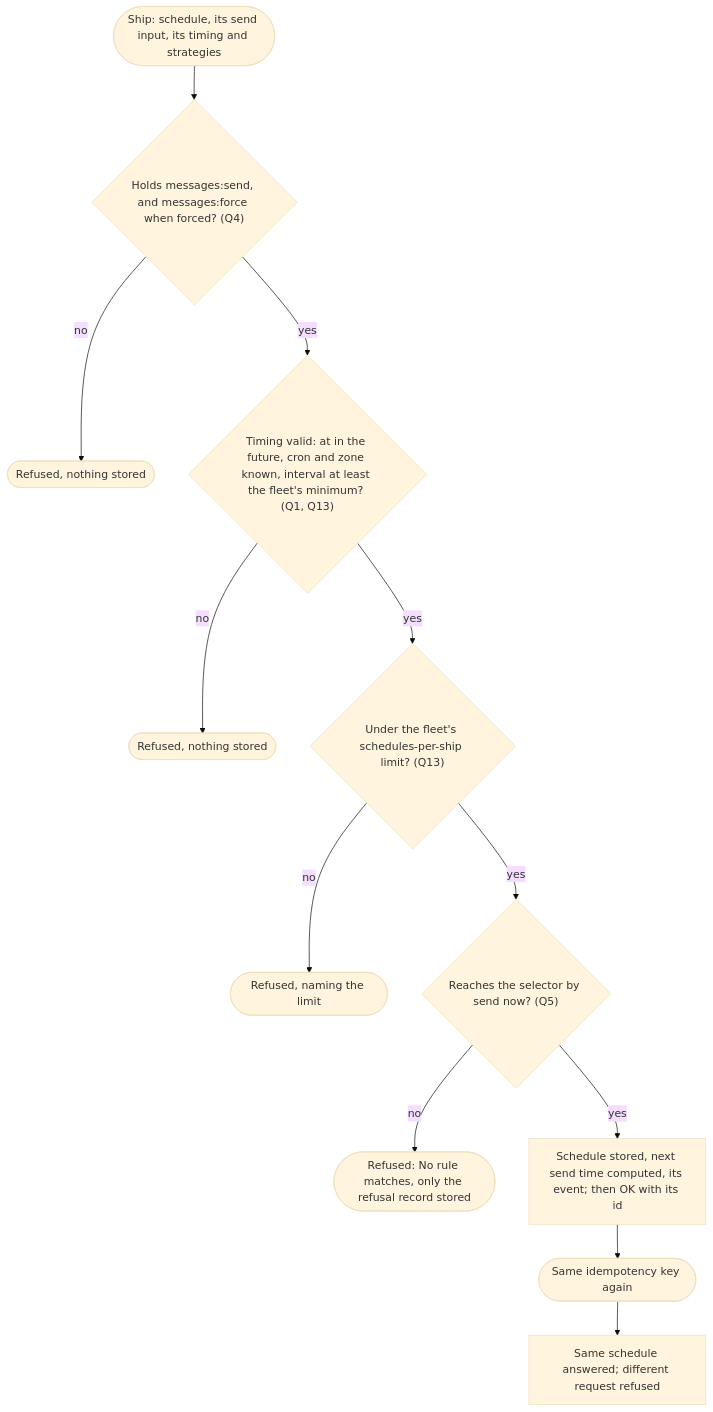
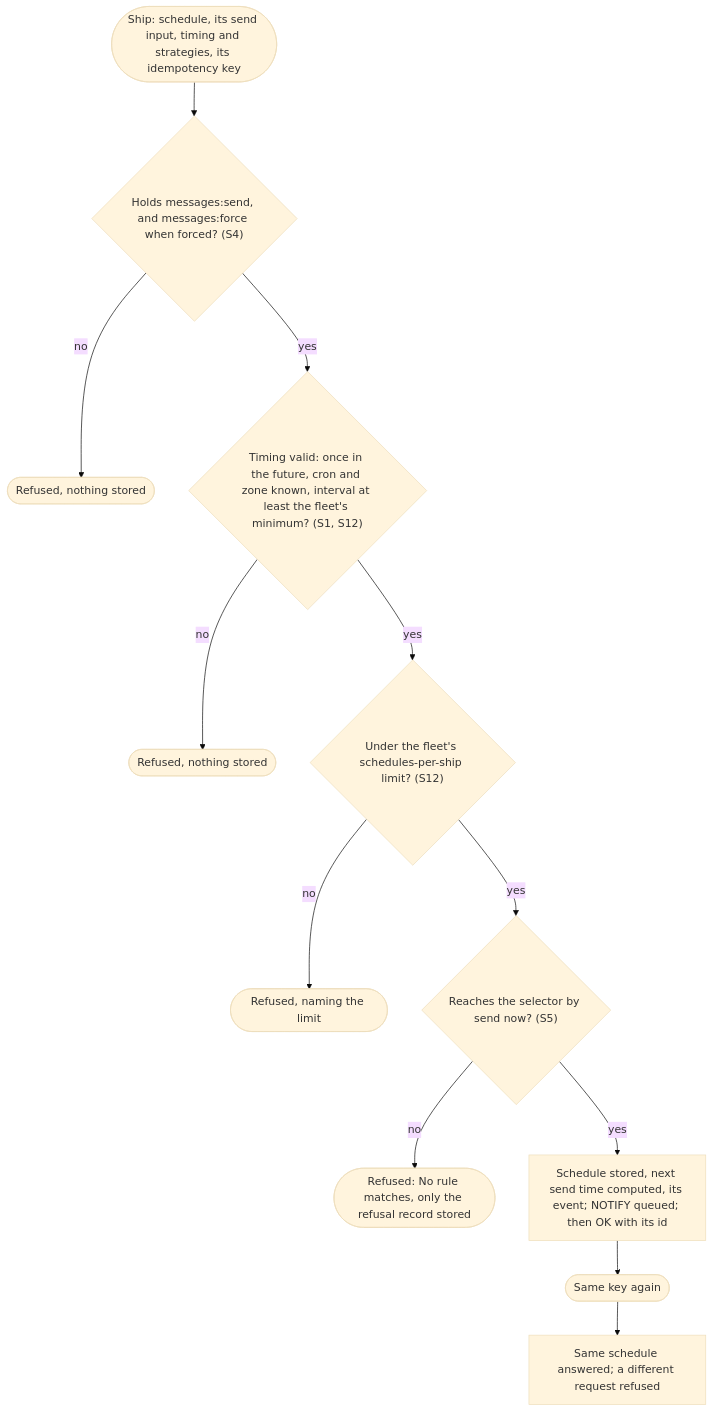
The first of 3 diagrams in docs/design/scheduled-messages/scheduled-messages.md (ThomasHendrickx/aeolus-fleet), drawn with Mermaid (base theme) before and after one commit. The commit also changed other lines of this file, not shown here.

First line of the commit message:
Design: scheduled messages, Thomas's answers as rules, flows and slices

````diff
--- a/docs/design/scheduled-messages/scheduled-messages.md
+++ b/docs/design/scheduled-messages/scheduled-messages.md
@@ -51,13 +67,13 @@
 ```mermaid
 flowchart TD
-  create(["Ship: schedule, its send input, its timing and strategies"]) --> scope{"Holds messages:send, and messages:force when forced? (Q4)"}
+  create(["Ship: schedule, its send input, timing and strategies, its idempotency key"]) --> scope{"Holds messages:send, and messages:force when forced? (S4)"}
   scope -->|no| r1([Refused, nothing stored])
-  scope -->|yes| timing{"Timing valid: at in the future, cron and zone known, interval at least the fleet's minimum? (Q1, Q13)"}
+  scope -->|yes| timing{"Timing valid: once in the future, cron and zone known, interval at least the fleet's minimum? (S1, S12)"}
   timing -->|no| r2([Refused, nothing stored])
-  timing -->|yes| limit{"Under the fleet's schedules-per-ship limit? (Q13)"}
+  timing -->|yes| limit{"Under the fleet's schedules-per-ship limit? (S12)"}
   limit -->|no| r3([Refused, naming the limit])
-  limit -->|yes| reach{"Reaches the selector by send now? (Q5)"}
+  limit -->|yes| reach{"Reaches the selector by send now? (S5)"}
   reach -->|no| r4(["Refused: No rule matches, only the refusal record stored"])
-  reach -->|yes| stored["Schedule stored, next send time computed, its event; then OK with its id"]
-  stored --> again(["Same idempotency key again"]) --> same["Same schedule answered; different request refused"]
+  reach -->|yes| stored["Schedule stored, next send time computed, its event; NOTIFY queued; then OK with its id"]
+  stored --> again(["Same key again"]) --> same["Same schedule answered; a different request refused"]
 ```
````
